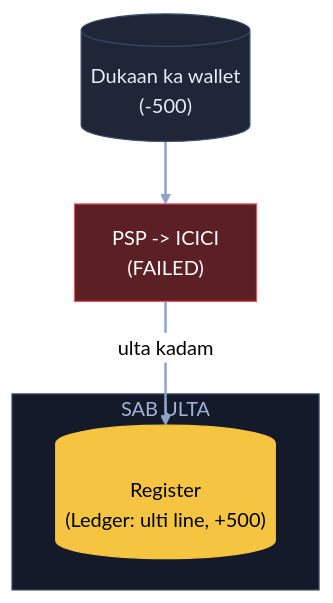
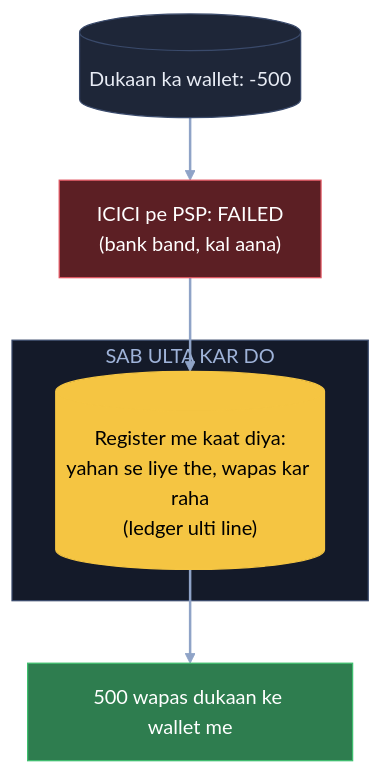
Before and after one commit to ArpanMaheshwari144/Prep: the sixth of 11 diagrams in 04_HLD/SYSTEM_DESIGNS/06_payment_system/06_payment_system.md, drawn with Mermaid (neutral theme). The commit also changed other lines of this file, not shown here.

Commit message:
Payment: 11 diagram hand notes ke shabdon se, K4 heading 'fallback tareeka'

````diff
--- a/04_HLD/SYSTEM_DESIGNS/06_payment_system/06_payment_system.md
+++ b/04_HLD/SYSTEM_DESIGNS/06_payment_system/06_payment_system.md
@@ -178,16 +179,18 @@
 ```mermaid
 flowchart TB
-    W[("Dukaan ka wallet<br/>(-500)")]:::card
-    P["PSP -> ICICI<br/>(FAILED)"]:::bad
-    subgraph SU["SAB ULTA"]
-        L[("Register<br/>(Ledger: ulti line, +500)")]:::pill
+    W[("Dukaan ka wallet: -500")]:::card
+    I["ICICI pe PSP: FAILED<br/>(bank band, kal aana)"]:::bad
+    subgraph SU["SAB ULTA KAR DO"]
+        L[("Register me kaat diya:<br/>yahan se liye the, wapas kar raha<br/>(ledger ulti line)")]:::pill
     end
-    W --> P
-    P -- "ulta kadam" --> L
+    B["500 wapas dukaan ke wallet me"]:::good
+    W --> I
+    I --> L
+    L --> B
     linkStyle default stroke:#8fa3c7,stroke-width:2px
     classDef card fill:#1e2638,stroke:#3a4a6b,color:#e8ecf5
     classDef pill fill:#f5c542,stroke:#f5c542,color:#000
     classDef good fill:#2e7d4f,stroke:#3fbf6f,color:#fff
     classDef bad fill:#5c1f24,stroke:#e05561,color:#fff
     style SU fill:#141a29,stroke:#3a4a6b,color:#9fb3d9
 ```
````
